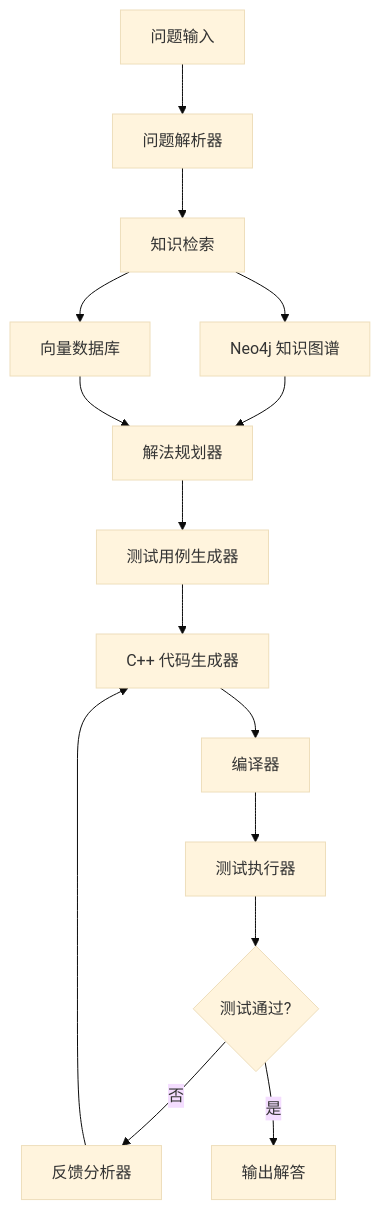
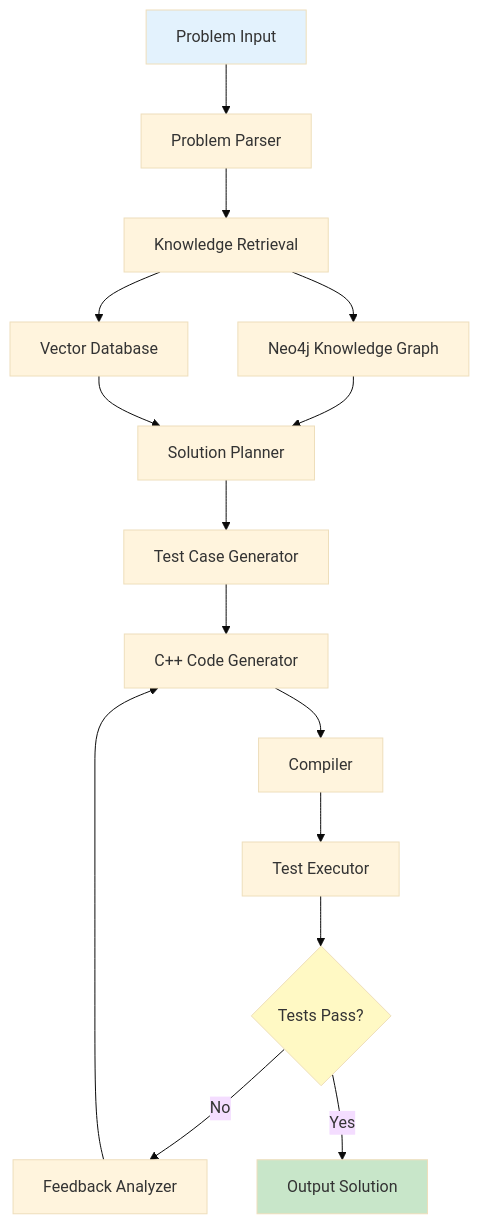
The diagram in README.md (alvaroborras/Solvita), drawn with Mermaid (base theme) before and after one commit. The commit also changed other lines of this file, not shown here.

````diff
--- a/README.md
+++ b/README.md
@@ -27,17 +69,21 @@
 ```mermaid
 graph TD
-    A[问题输入] --> B[问题解析器]
-    B --> C[知识检索]
-    C --> D[Neo4j 知识图谱]
-    C --> E[向量数据库]
-    D --> F[解法规划器]
+    A[Problem Input] --> B[Problem Parser]
+    B --> C[Knowledge Retrieval]
+    C --> D[Neo4j Knowledge Graph]
+    C --> E[Vector Database]
+    D --> F[Solution Planner]
     E --> F
-    F --> G[测试用例生成器]
-    G --> H[C++ 代码生成器]
-    H --> I[编译器]
-    I --> J[测试执行器]
-    J --> K{测试通过?}
-    K -->|否| L[反馈分析器]
+    F --> G[Test Case Generator]
+    G --> H[C++ Code Generator]
+    H --> I[Compiler]
+    I --> J[Test Executor]
+    J --> K{Tests Pass?}
+    K -->|No| L[Feedback Analyzer]
     L --> H
-    K -->|是| M[输出解答]
+    K -->|Yes| M[Output Solution]
+    
+    style A fill:#e3f2fd
+    style M fill:#c8e6c9
+    style K fill:#fff9c4
 ```
````
